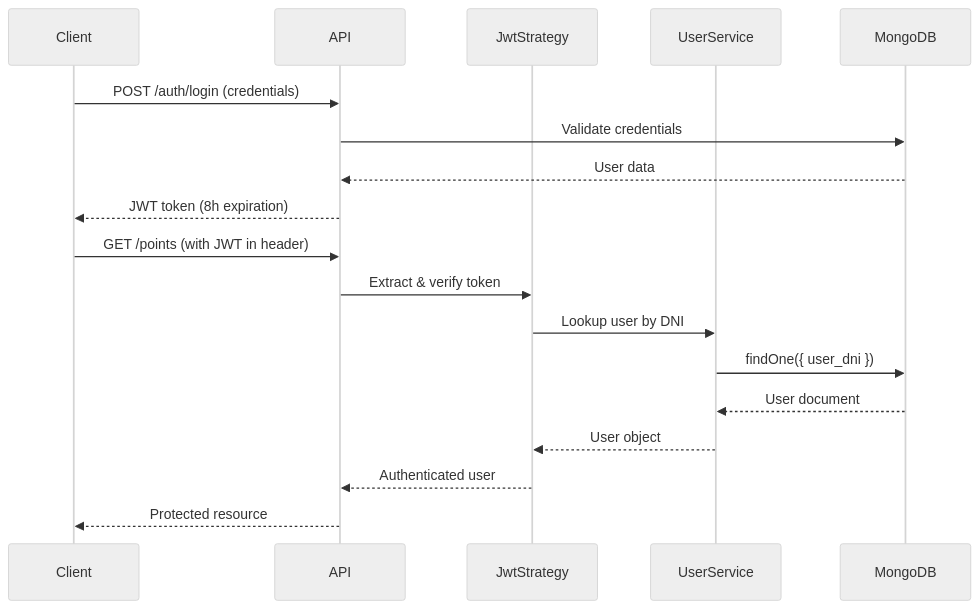
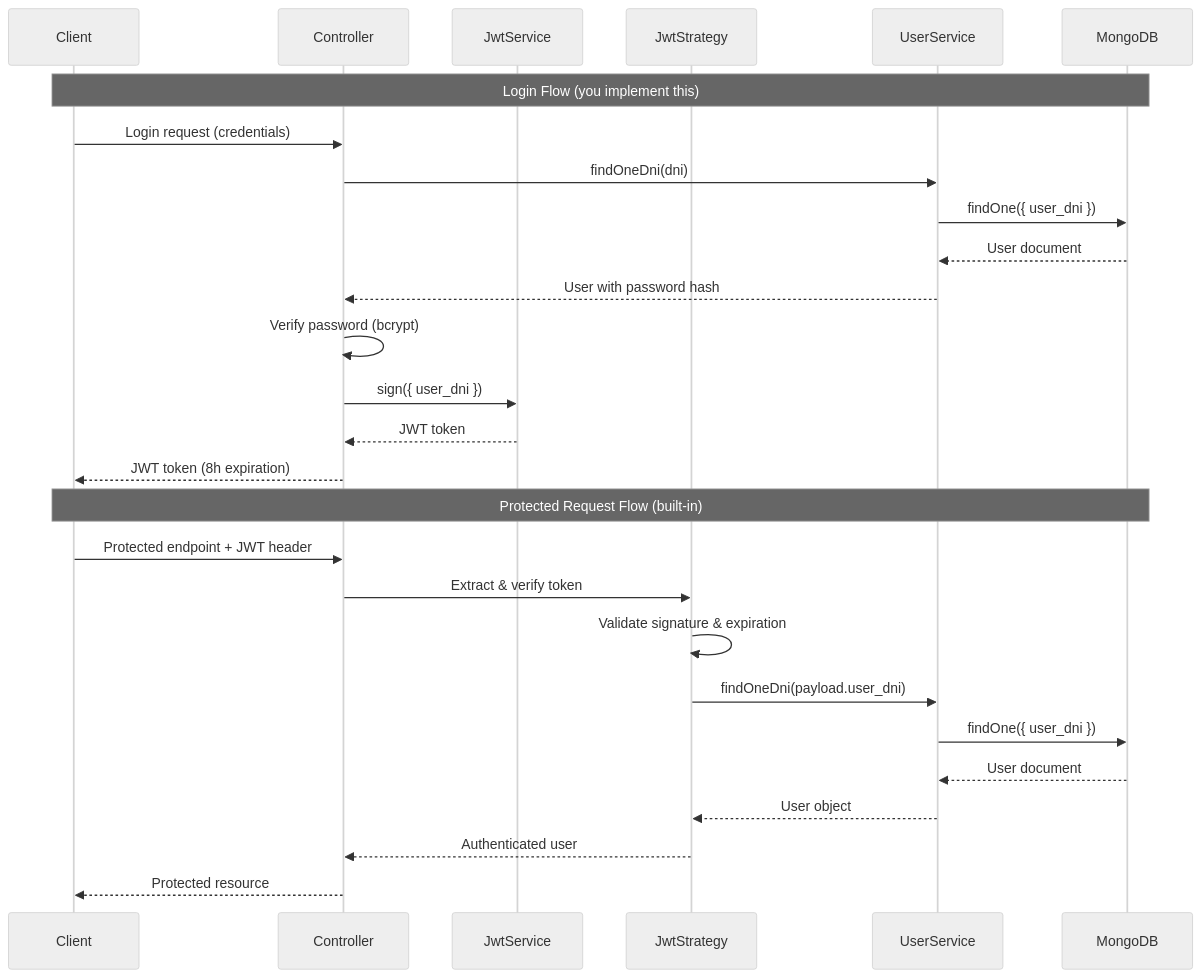
One commit to mintlify-atlas/docs-atlas-509acd1d changed the diagram in concepts/authentication.mdx. Above: the diagram before and after it, drawn with Mermaid (neutral theme). The commit also changed other lines of this file and 4 other files, not shown here.

````diff
--- a/concepts/authentication.mdx
+++ b/concepts/authentication.mdx
@@ -12,22 +12,31 @@
 ```mermaid
 sequenceDiagram
     participant Client
-    participant API
+    participant Controller
+    participant JwtService
     participant JwtStrategy
     participant UserService
     participant MongoDB
 
-    Client->>API: POST /auth/login (credentials)
-    API->>MongoDB: Validate credentials
-    MongoDB-->>API: User data
-    API-->>Client: JWT token (8h expiration)
+    Note over Client,MongoDB: Login Flow (you implement this)
+    Client->>Controller: Login request (credentials)
+    Controller->>UserService: findOneDni(dni)
+    UserService->>MongoDB: findOne({ user_dni })
+    MongoDB-->>UserService: User document
+    UserService-->>Controller: User with password hash
+    Controller->>Controller: Verify password (bcrypt)
+    Controller->>JwtService: sign({ user_dni })
+    JwtService-->>Controller: JWT token
+    Controller-->>Client: JWT token (8h expiration)
     
-    Client->>API: GET /points (with JWT in header)
-    API->>JwtStrategy: Extract & verify token
-    JwtStrategy->>UserService: Lookup user by DNI
+    Note over Client,MongoDB: Protected Request Flow (built-in)
+    Client->>Controller: Protected endpoint + JWT header
+    Controller->>JwtStrategy: Extract & verify token
+    JwtStrategy->>JwtStrategy: Validate signature & expiration
+    JwtStrategy->>UserService: findOneDni(payload.user_dni)
     UserService->>MongoDB: findOne({ user_dni })
     MongoDB-->>UserService: User document
     UserService-->>JwtStrategy: User object
-    JwtStrategy-->>API: Authenticated user
-    API-->>Client: Protected resource
+    JwtStrategy-->>Controller: Authenticated user
+    Controller-->>Client: Protected resource
 ```
````
